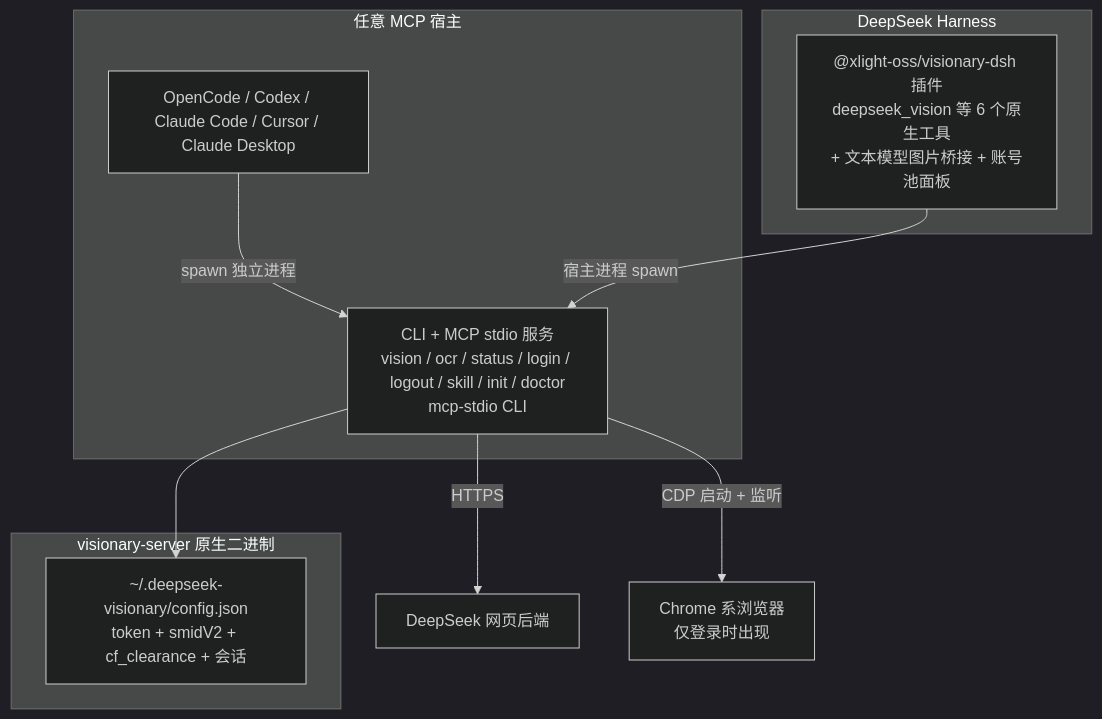
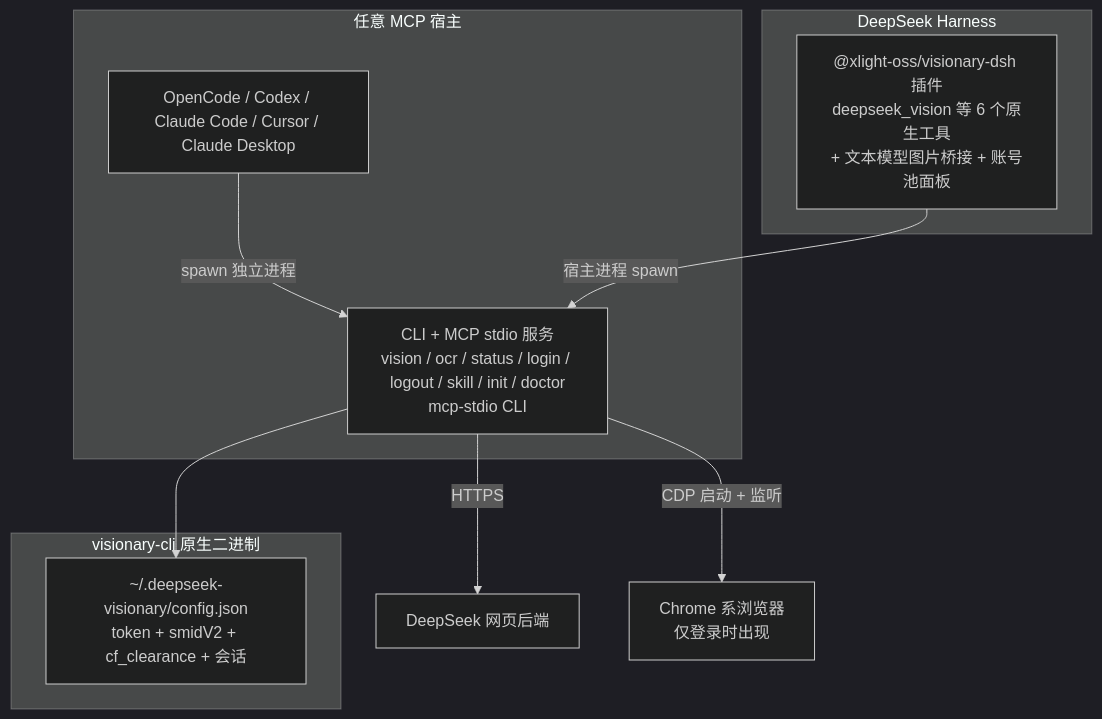
Before and after one commit to xlight/deepseek-visionary: the diagram in README.md, drawn with Mermaid (dark theme). The commit also changed other lines of this file and 8 other files, not shown here.

First line of the commit message:
docs: update command examples to visionary-cli

````diff
--- a/README.md
+++ b/README.md
@@ -10,18 +10,18 @@
 ```mermaid
 graph TD
     subgraph 宿主[任意 MCP 宿主]
         AG["OpenCode / Codex / Claude Code / Cursor / Claude Desktop"]
         AG -->|spawn 独立进程| SRV
     end
     subgraph DSH[DeepSeek Harness]
         DP["@xlight-oss/visionary-dsh 插件<br/>deepseek_vision 等 6 个原生工具<br/>+ 文本模型图片桥接 + 账号池面板"]
         DP -->|宿主进程 spawn| SRV
     end
-    subgraph visionary-server 原生二进制
+    subgraph visionary-cli 原生二进制
         SRV["CLI + MCP stdio 服务<br/>vision / ocr / status / login / logout / skill / init / doctor<br/>mcp-stdio CLI"]
         CFG["~/.deepseek-visionary/config.json<br/>token + smidV2 + cf_clearance + 会话"]
         SRV --> CFG
     end
     SRV -->|HTTPS| DS["DeepSeek 网页后端"]
     SRV -->|CDP 启动 + 监听| BRO["Chrome 系浏览器<br/>仅登录时出现"]
 ```
````
